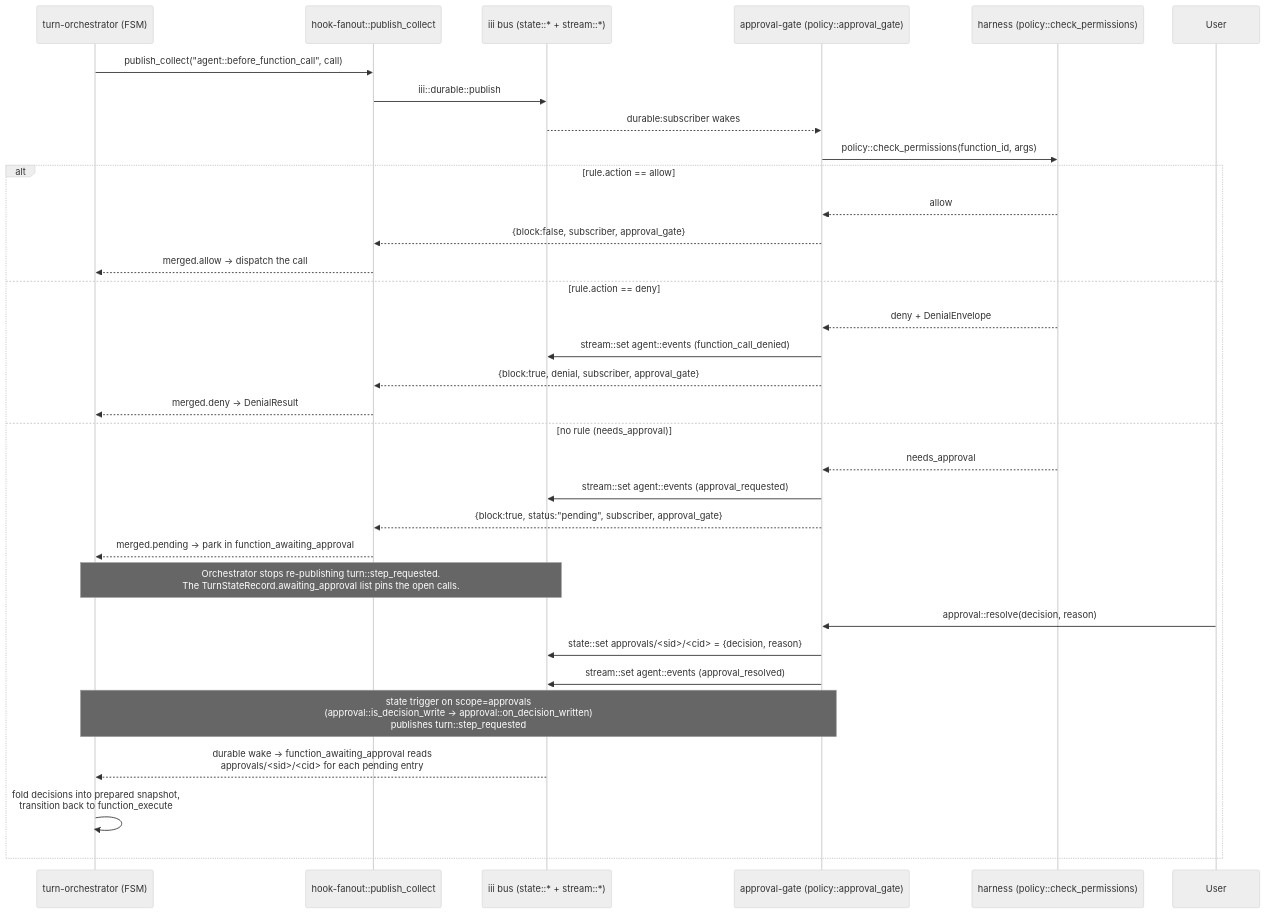
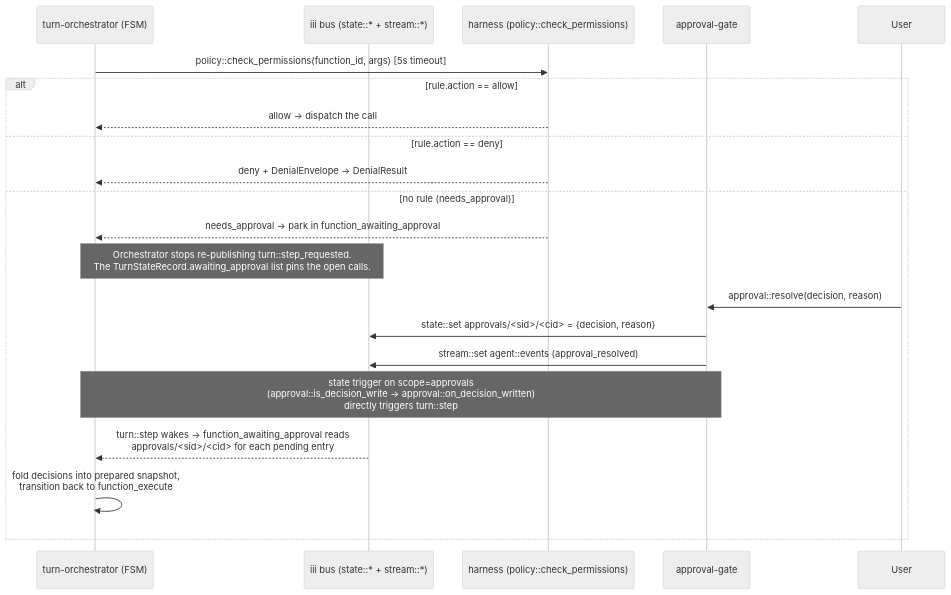
One commit to iii-hq/workers changed the third of 5 diagrams in harness-node/docs/architecture.md. Above: the diagram before and after it, drawn with Mermaid (neutral theme). The commit also changed other lines of this file and 2 other files, not shown here.

Commit message:
docs(approval-gate): describe direct policy consult + state-trigger wake

````diff
--- a/harness-node/docs/architecture.md
+++ b/harness-node/docs/architecture.md
@@ -129,36 +124,24 @@
 ```mermaid
 sequenceDiagram
   participant Turn as turn-orchestrator (FSM)
-  participant Hook as hook-fanout::publish_collect
   participant Bus as iii bus (state::* + stream::*)
-  participant Gate as approval-gate (policy::approval_gate)
   participant Harness as harness (policy::check_permissions)
+  participant Gate as approval-gate
   participant User
 
-  Turn->>Hook: publish_collect("agent::before_function_call", call)
-  Hook->>Bus: iii::durable::publish
-  Bus-->>Gate: durable:subscriber wakes
-  Gate->>Harness: policy::check_permissions(function_id, args)
+  Turn->>Harness: policy::check_permissions(function_id, args) [5s timeout]
   alt rule.action == allow
-    Harness-->>Gate: allow
-    Gate-->>Hook: {block:false, subscriber, approval_gate}
-    Hook-->>Turn: merged.allow → dispatch the call
+    Harness-->>Turn: allow → dispatch the call
   else rule.action == deny
-    Harness-->>Gate: deny + DenialEnvelope
-    Gate->>Bus: stream::set agent::events (function_call_denied)
-    Gate-->>Hook: {block:true, denial, subscriber, approval_gate}
-    Hook-->>Turn: merged.deny → DenialResult
+    Harness-->>Turn: deny + DenialEnvelope → DenialResult
   else no rule (needs_approval)
-    Harness-->>Gate: needs_approval
-    Gate->>Bus: stream::set agent::events (approval_requested)
-    Gate-->>Hook: {block:true, status:"pending", subscriber, approval_gate}
-    Hook-->>Turn: merged.pending → park in function_awaiting_approval
+    Harness-->>Turn: needs_approval → park in function_awaiting_approval
     Note over Turn,Bus: Orchestrator stops re-publishing turn::step_requested.<br/>The TurnStateRecord.awaiting_approval list pins the open calls.
     User->>Gate: approval::resolve(decision, reason)
     Gate->>Bus: state::set approvals/<sid>/<cid> = {decision, reason}
     Gate->>Bus: stream::set agent::events (approval_resolved)
-    Note over Gate,Turn: state trigger on scope=approvals<br/>(approval::is_decision_write → approval::on_decision_written)<br/>publishes turn::step_requested
-    Bus-->>Turn: durable wake → function_awaiting_approval reads<br/>approvals/<sid>/<cid> for each pending entry
+    Note over Gate,Turn: state trigger on scope=approvals<br/>(approval::is_decision_write → approval::on_decision_written)<br/>directly triggers turn::step
+    Bus-->>Turn: turn::step wakes → function_awaiting_approval reads<br/>approvals/<sid>/<cid> for each pending entry
     Turn->>Turn: fold decisions into prepared snapshot,<br/>transition back to function_execute
   end
 ```
````
